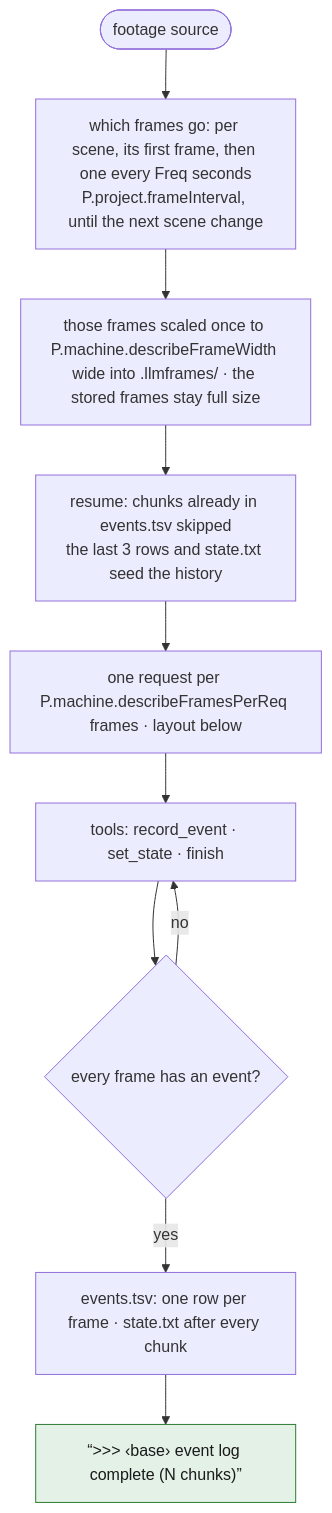
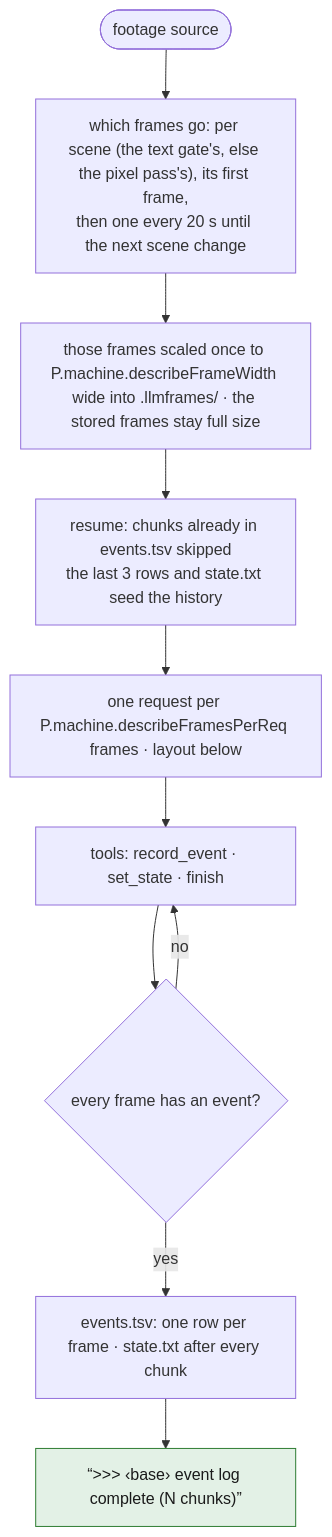
The seventh of 12 diagrams in spec/04-prepare.md (tbocek/naivepost), drawn with Mermaid before and after one commit. The commit also changed other lines of this file and 537 other files, not shown here.

````diff
--- a/spec/04-prepare.md
+++ b/spec/04-prepare.md
@@ -201,15 +203,15 @@
 ```mermaid
 flowchart TD
-  A(["footage source"]) --> PICK["which frames go: per scene, its first frame, then one every Freq seconds<br/>P.project.frameInterval, until the next scene change"]
+  A(["footage source"]) --> PICK["which frames go: per scene (the text gate's, else the pixel pass's), its first frame,<br/>then one every 20 s until the next scene change"]
   PICK --> SC["those frames scaled once to P.machine.describeFrameWidth wide into .llmframes/ · the stored frames stay full size"]
   SC --> RES["resume: chunks already in events.tsv skipped<br/>the last 3 rows and state.txt seed the history"]
   RES --> REQ["one request per P.machine.describeFramesPerReq frames · layout below"]
   REQ --> T["tools: record_event · set_state · finish"]
   T --> F{"every frame has an event?"}
   F -- no --> T
   F -- yes --> W["events.tsv: one row per frame · state.txt after every chunk"]
   W --> DONE["“>>> ‹base› event log complete (N chunks)”"]:::done
   classDef refuse fill:#fde2e1,stroke:#c01c28,color:#1a1a1a
   classDef done fill:#e3f1e6,stroke:#2e7d32,color:#1a1a1a
   classDef ask fill:#e8eefc,stroke:#3a63c8,color:#1a1a1a
 ```
````
